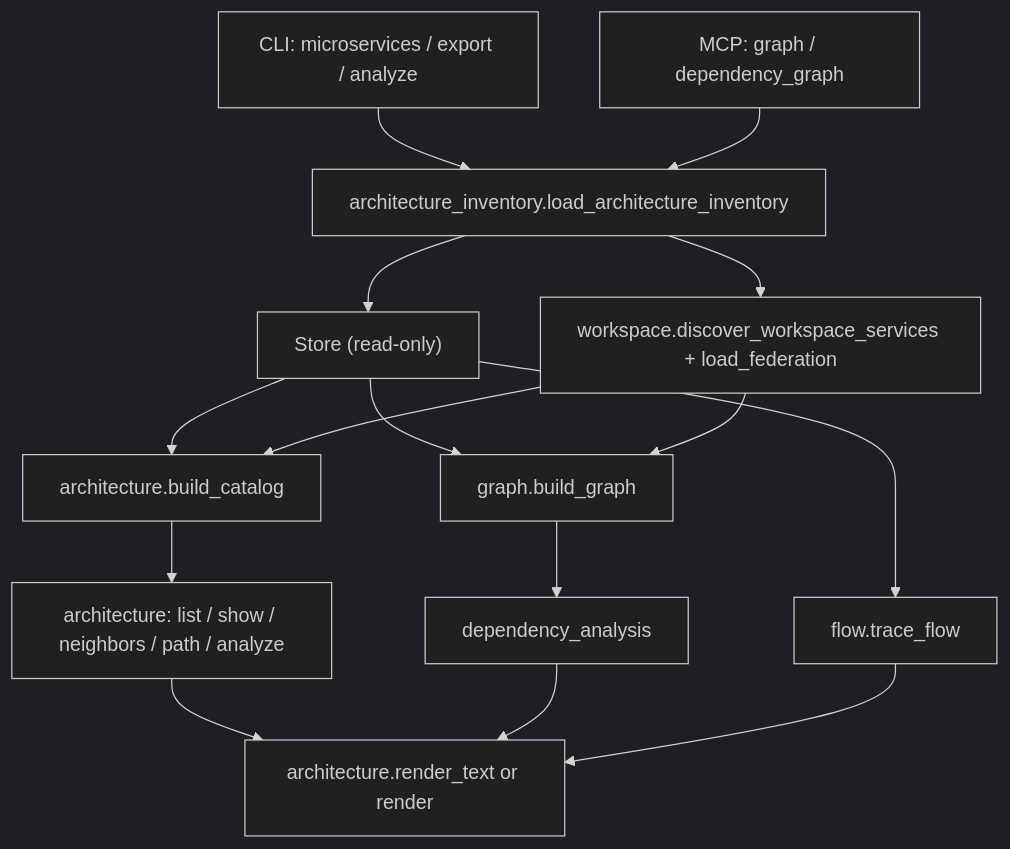
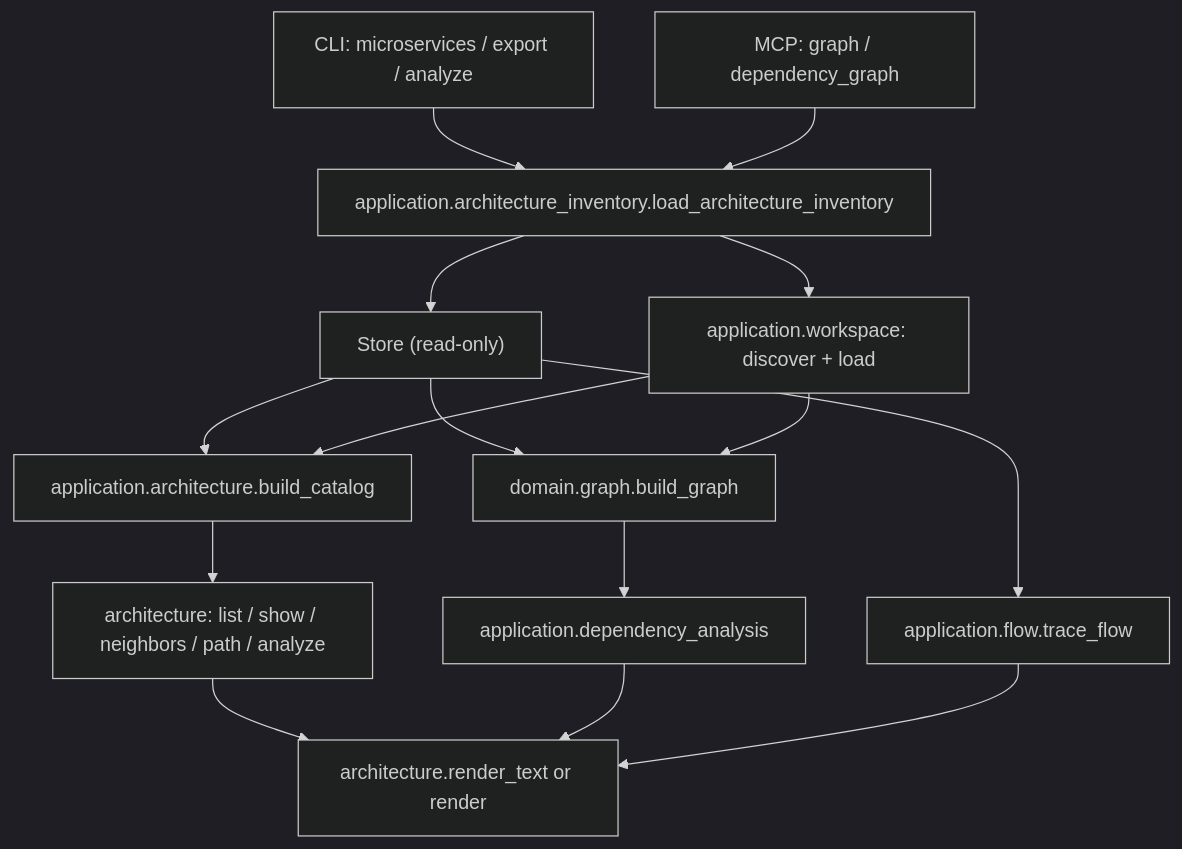
The second of 2 diagrams in docs/ARCHITECTURE.md (elkouhen/systemlens), drawn with Mermaid (dark theme) before and after one commit. The commit also changed other lines of this file and 108 other files, not shown here.

Commit message:
refactor source tree into architecture packages

````diff
--- a/docs/ARCHITECTURE.md
+++ b/docs/ARCHITECTURE.md
@@ -78,17 +90,17 @@
 ```mermaid
 flowchart TD
     CLI["CLI: microservices / export / analyze"] --> InventoryLoader
     MCP["MCP: graph / dependency_graph"] --> InventoryLoader
-    InventoryLoader["architecture_inventory.load_architecture_inventory"] --> Store["Store (read-only)"]
-    InventoryLoader --> Federation["workspace.discover_workspace_services + load_federation"]
-    Store --> Catalog["architecture.build_catalog"]
+    InventoryLoader["application.architecture_inventory.load_architecture_inventory"] --> Store["Store (read-only)"]
+    InventoryLoader --> Federation["application.workspace: discover + load"]
+    Store --> Catalog["application.architecture.build_catalog"]
     Federation --> Catalog
     Catalog --> Architecture["architecture: list / show / neighbors / path / analyze"]
-    Store --> Graph["graph.build_graph"]
+    Store --> Graph["domain.graph.build_graph"]
     Federation --> Graph
-    Graph --> Dependencies["dependency_analysis"]
-    Store --> Flow["flow.trace_flow"]
+    Graph --> Dependencies["application.dependency_analysis"]
+    Store --> Flow["application.flow.trace_flow"]
     Architecture --> Render["architecture.render_text or render"]
     Dependencies --> Render
     Flow --> Render
 ```
````
